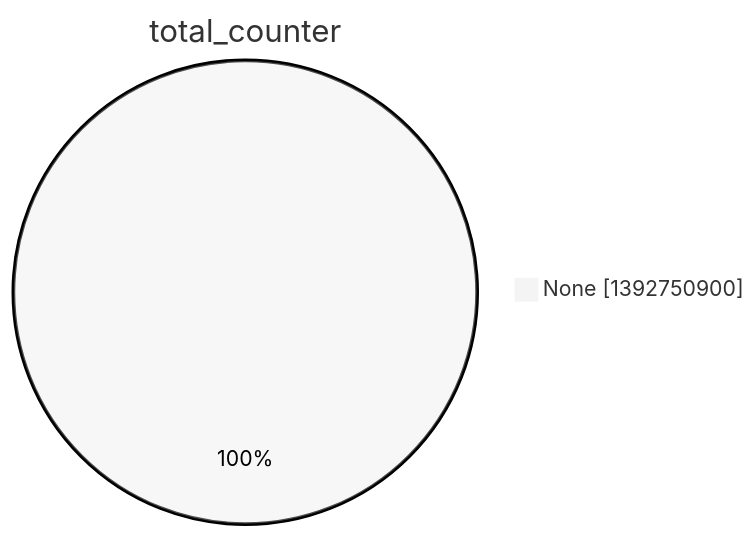
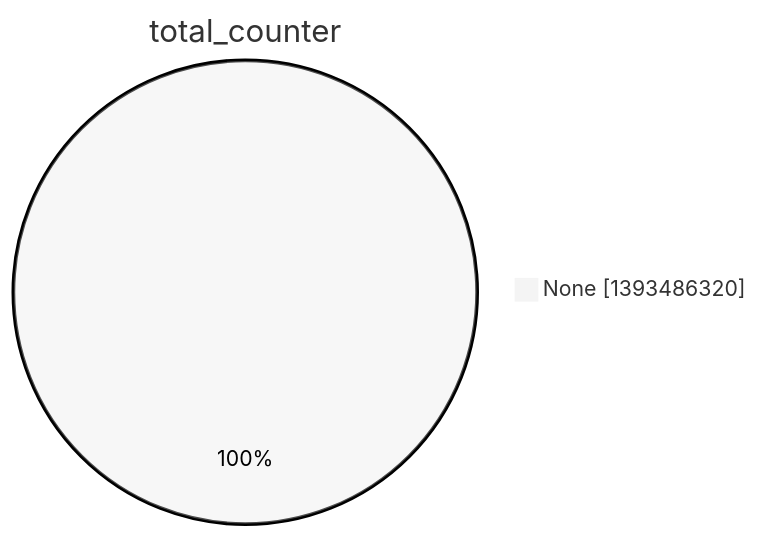
The second of 15 diagrams in argon2022/README.md (christiankrug/ctmonitor_visualization), drawn with Mermaid (neutral theme) before and after one commit. The commit also changed other lines of this file, not shown here.

````diff
--- a/argon2022/README.md
+++ b/argon2022/README.md
@@ -9,5 +9,5 @@
 ```mermaid
 pie showData
 title total_counter
-"None" :1392750900
+"None" :1393486320
 ```
````
